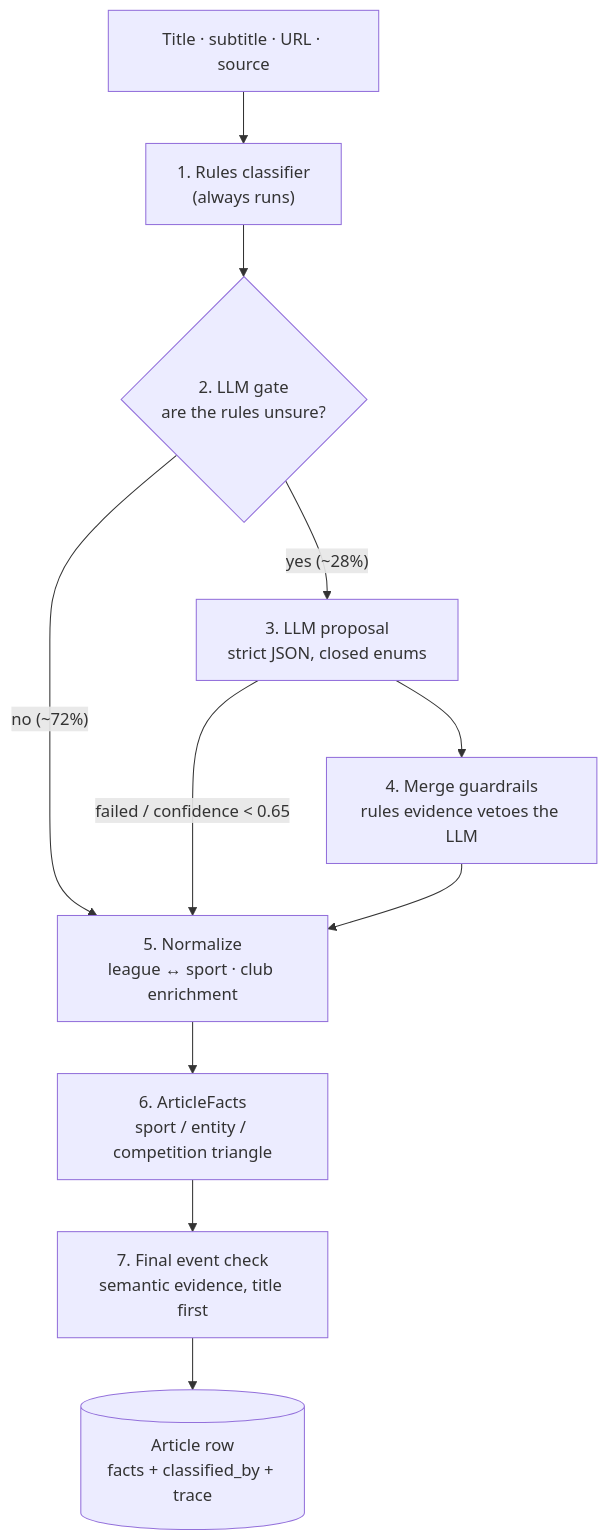
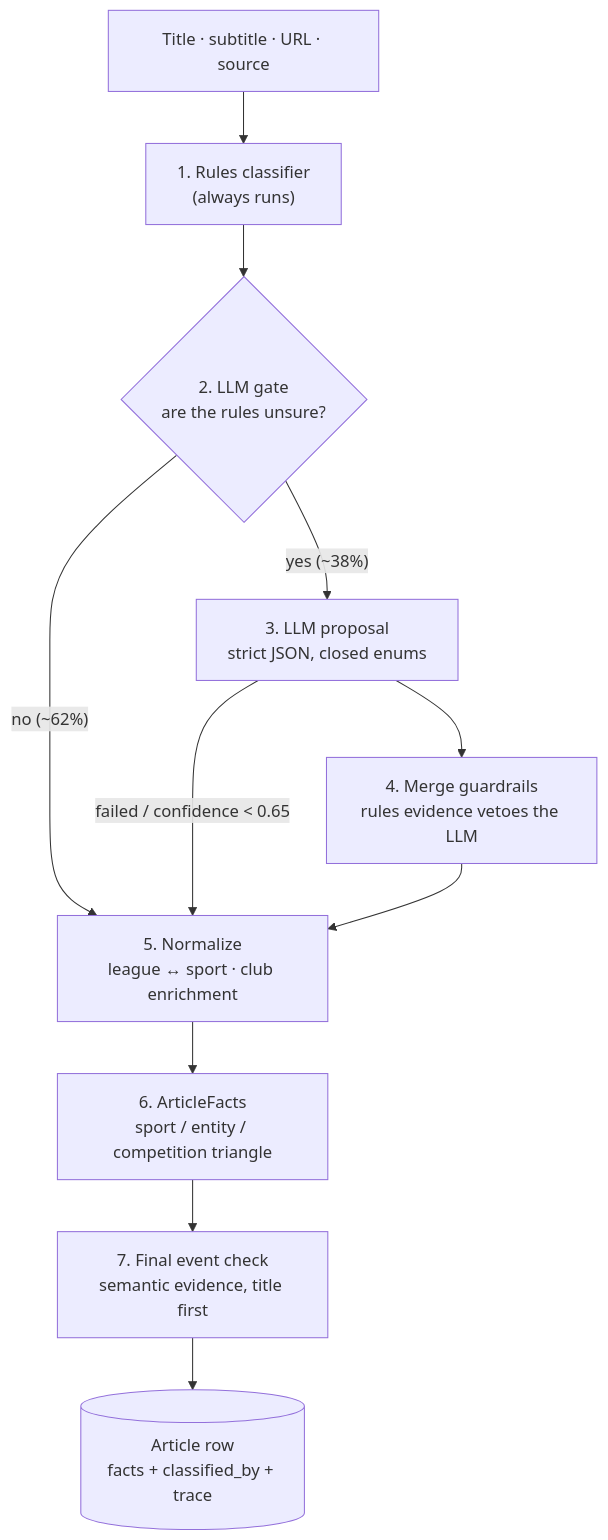
The second of 2 diagrams in README.md (Guy-Navon/signal-sports), drawn with Mermaid before and after one commit. The commit also changed other lines of this file and 5 other files, not shown here.

````diff
--- a/README.md
+++ b/README.md
@@ -181,13 +195,13 @@
 ```mermaid
 flowchart TD
     I["Title · subtitle · URL · source"] --> R["1. Rules classifier<br/>(always runs)"]
     R --> GT{"2. LLM gate<br/>are the rules unsure?"}
-    GT -->|"no (~72%)"| N["5. Normalize<br/>league ↔ sport · club enrichment"]
-    GT -->|"yes (~28%)"| LLM["3. LLM proposal<br/>strict JSON, closed enums"]
+    GT -->|"no (~62%)"| N["5. Normalize<br/>league ↔ sport · club enrichment"]
+    GT -->|"yes (~38%)"| LLM["3. LLM proposal<br/>strict JSON, closed enums"]
     LLM -->|"failed / confidence < 0.65"| N
     LLM --> M["4. Merge guardrails<br/>rules evidence vetoes the LLM"]
     M --> N
     N --> F["6. ArticleFacts<br/>sport / entity / competition triangle"]
     F --> E["7. Final event check<br/>semantic evidence, title first"]
     E --> S[("Article row<br/>facts + classified_by + trace")]
 ```
````
